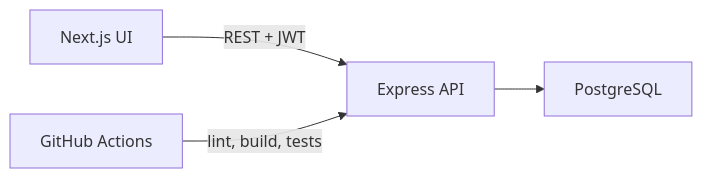
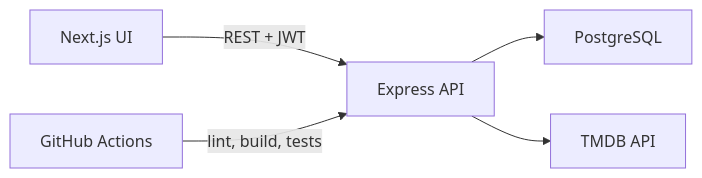
Before and after one commit to Shouldgooo/mini-movie: the diagram in README.md, drawn with Mermaid. The commit also changed other lines of this file and 60 other files, not shown here.

````diff
--- a/README.md
+++ b/README.md
@@ -60,6 +85,7 @@
 ```mermaid
 flowchart LR
   A[Next.js UI] -->|REST + JWT| B[Express API]
   B --> C[PostgreSQL]
+  B --> E[TMDB API]
   D[GitHub Actions] -->|lint, build, tests| B
 ```
````
